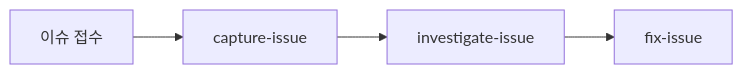
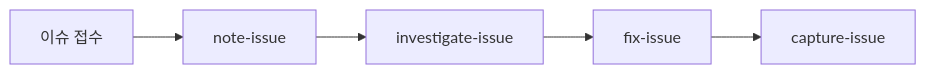
The second of 5 diagrams in .claude/commands/ops/README.adoc (flex-team/flex-oncall), drawn with Mermaid before and after one commit. The commit also changed other lines of this file, not shown here.

First line of the commit message:
📝 README 워크플로우에서 capture-issue 위치를 해결 후 단계로 이동

```diff
--- a/.claude/commands/ops/README.adoc
+++ b/.claude/commands/ops/README.adoc
@@ -261,7 +261,8 @@
 [mermaid]
 ....
 graph LR
-    A["이슈 접수"] --> B["capture-issue"]
+    A["이슈 접수"] --> B["note-issue"]
     B --> C["investigate-issue"]
     C --> D["fix-issue"]
+    D --> E["capture-issue"]
 ....
```
